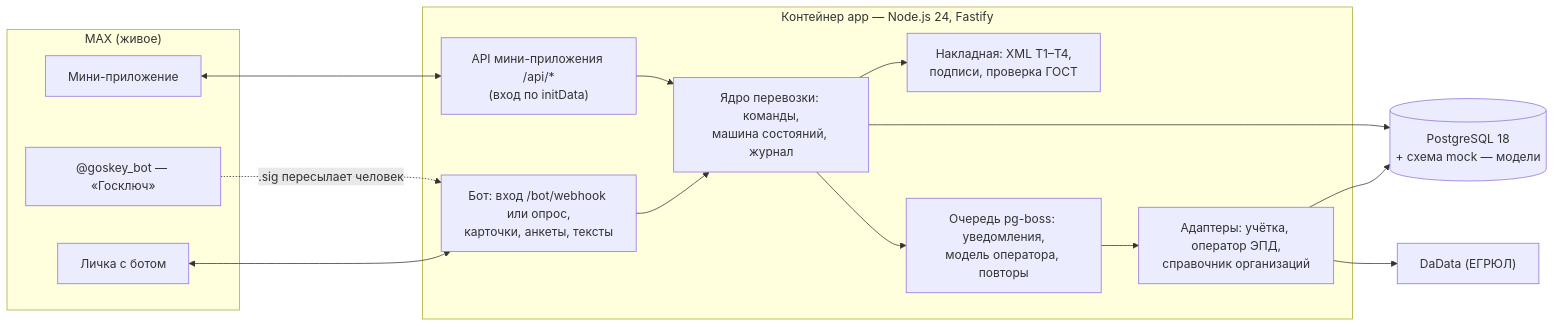
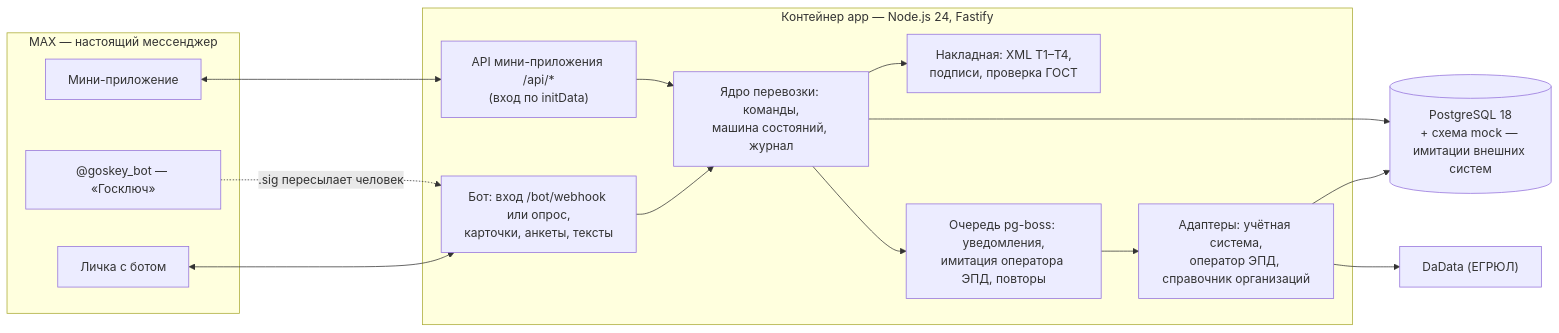
The diagram in README.md (Malware3447/hakaton_MAX), drawn with Mermaid before and after one commit. The commit also changed other lines of this file, not shown here.

First line of the commit message:
HAKATON-20: README понятным языком — без «живое», «чей ход», «учётка»; ссылки на Excel для проверки

````diff
--- a/README.md
+++ b/README.md
@@ -76,29 +78,29 @@
 ```mermaid
 flowchart LR
-  subgraph MAX["MAX (живое)"]
+  subgraph MAX["MAX — настоящий мессенджер"]
     chat["Личка с ботом"]
     mini["Мини-приложение"]
     gk["@goskey_bot — «Госключ»"]
   end
   subgraph app["Контейнер app — Node.js 24, Fastify"]
     bot["Бот: вход /bot/webhook или опрос,<br/>карточки, анкеты, тексты"]
     api["API мини-приложения /api/*<br/>(вход по initData)"]
     core["Ядро перевозки: команды,<br/>машина состояний, журнал"]
     etrn["Накладная: XML Т1–Т4,<br/>подписи, проверка ГОСТ"]
-    jobs["Очередь pg-boss: уведомления,<br/>модель оператора, повторы"]
-    adapters["Адаптеры: учётка, оператор ЭПД,<br/>справочник организаций"]
+    jobs["Очередь pg-boss: уведомления,<br/>имитация оператора ЭПД, повторы"]
+    adapters["Адаптеры: учётная система,<br/>оператор ЭПД, справочник организаций"]
   end
-  db[("PostgreSQL 18<br/>+ схема mock — модели")]
+  db[("PostgreSQL 18<br/>+ схема mock — имитации внешних систем")]
   dadata["DaData (ЕГРЮЛ)"]
   chat <--> bot
   mini <--> api
   gk -. ".sig пересылает человек" .-> bot
   bot --> core
   api --> core
   core --> etrn
   core --> jobs
   jobs --> adapters
   adapters --> db
   core --> db
   adapters --> dadata
 ```
````
